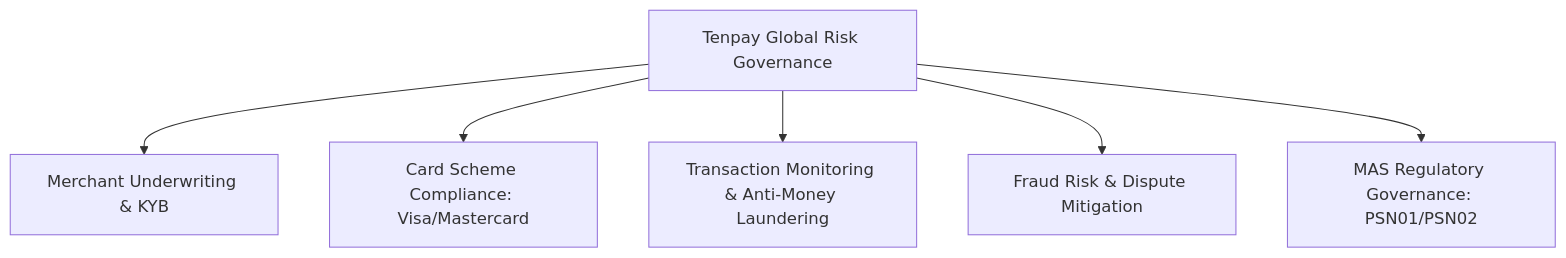
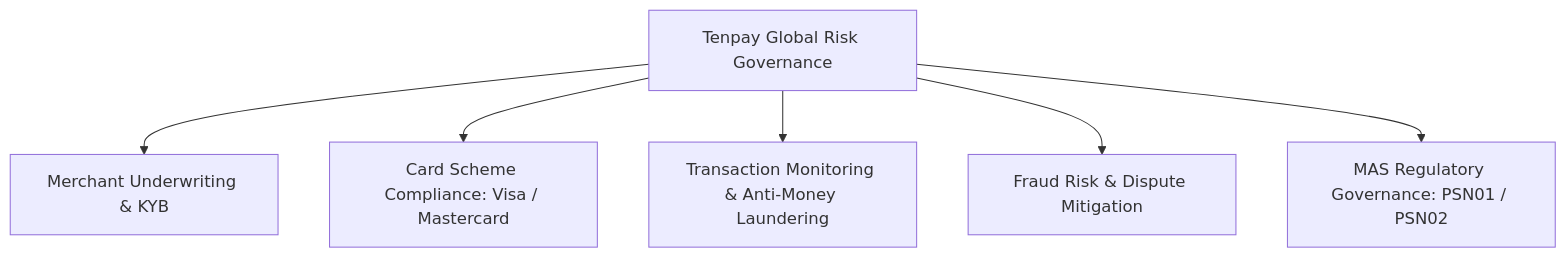
Before and after one commit to Realvincentyuan/fi_ds_interview_prep: the diagram in company_research/tencent/README.md, drawn with Mermaid. The commit also changed 10 other files, not shown here.

Commit message:
Fix Mermaid diagram syntax and quote labels across all markdown files

````diff
--- a/company_research/tencent/README.md
+++ b/company_research/tencent/README.md
@@ -29,8 +29,8 @@
 ```mermaid
 graph TD
-    A[Tenpay Global Risk Governance] --> B[Merchant Underwriting & KYB]
-    A --> C[Card Scheme Compliance: Visa/Mastercard]
-    A --> D[Transaction Monitoring & Anti-Money Laundering]
-    A --> E[Fraud Risk & Dispute Mitigation]
-    A --> F[MAS Regulatory Governance: PSN01/PSN02]
+    A["Tenpay Global Risk Governance"] --> B["Merchant Underwriting & KYB"]
+    A --> C["Card Scheme Compliance: Visa / Mastercard"]
+    A --> D["Transaction Monitoring & Anti-Money Laundering"]
+    A --> E["Fraud Risk & Dispute Mitigation"]
+    A --> F["MAS Regulatory Governance: PSN01 / PSN02"]
 ```
````
